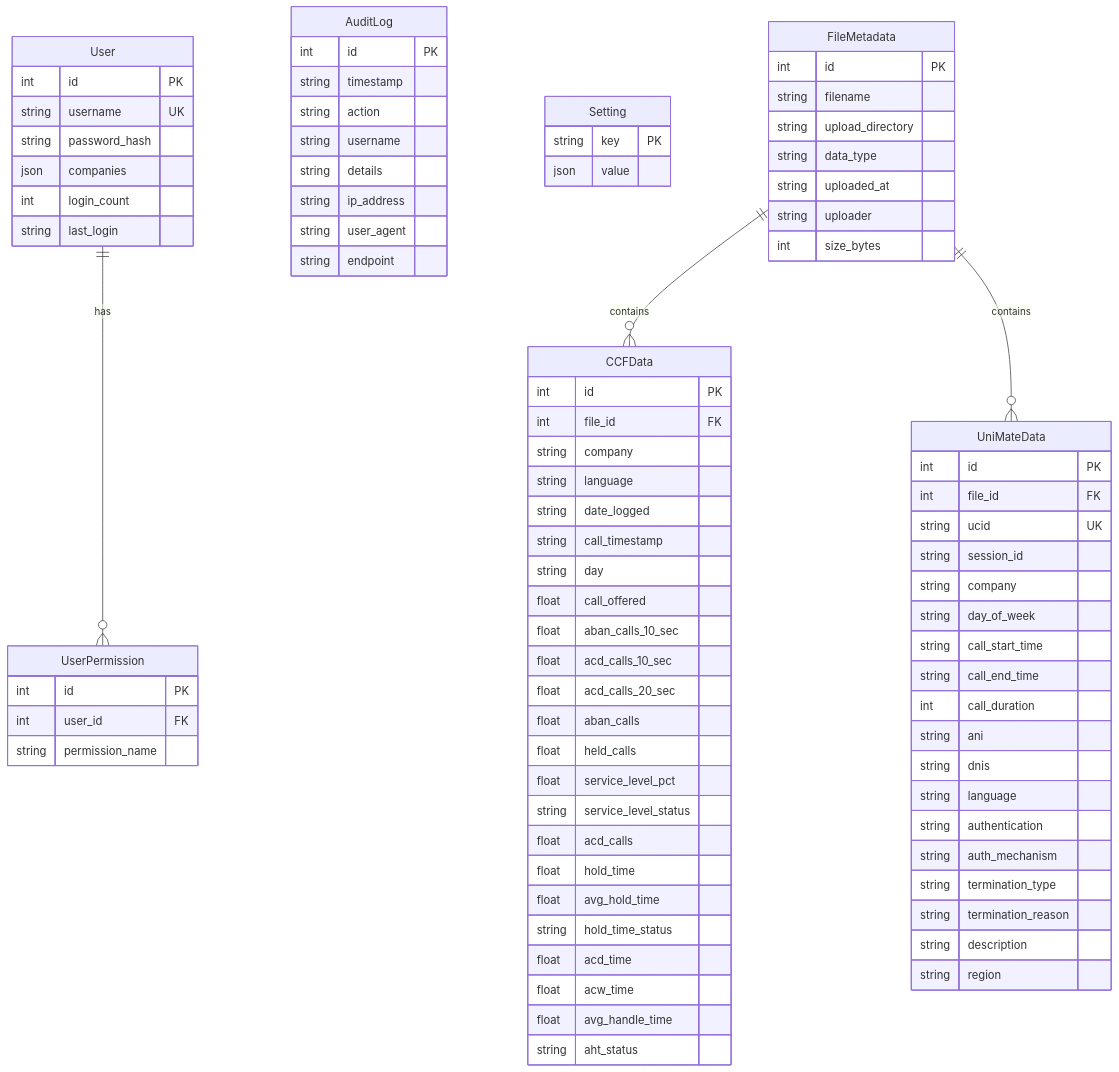
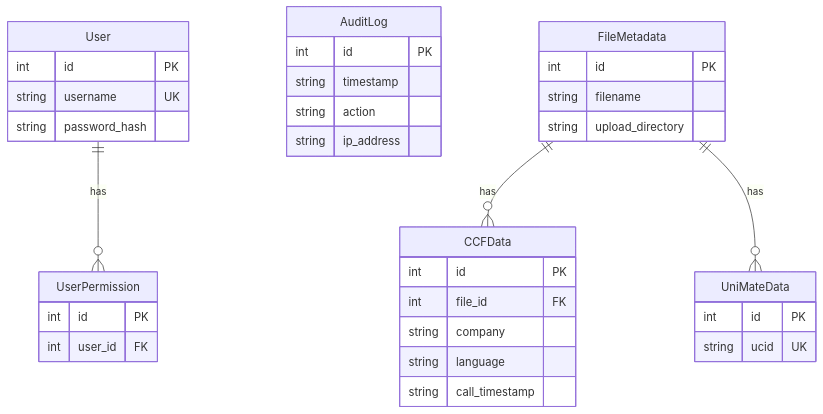
The second of 2 diagrams in ARCHITECTURE.md (IDKHowToCodeFR/uidai-dashboard), drawn with Mermaid before and after one commit. The commit also changed other lines of this file, not shown here.

````diff
--- a/ARCHITECTURE.md
+++ b/ARCHITECTURE.md
@@ -280,89 +144,33 @@
         int id PK
         string username UK
         string password_hash
-        json companies
-        int login_count
-        string last_login
     }
-
     UserPermission {
         int id PK
         int user_id FK
-        string permission_name
     }
-
     AuditLog {
         int id PK
         string timestamp
         string action
-        string username
-        string details
         string ip_address
-        string user_agent
-        string endpoint
     }
-
-    Setting {
-        string key PK
-        json value
-    }
-
-    FileMetadata ||--o{ CCFData : "contains"
-    FileMetadata ||--o{ UniMateData : "contains"
+    FileMetadata ||--o{ CCFData : "has"
+    FileMetadata ||--o{ UniMateData : "has"
     FileMetadata {
         int id PK
         string filename
         string upload_directory
-        string data_type
-        string uploaded_at
-        string uploader
-        int size_bytes
     }
-
     CCFData {
         int id PK
         int file_id FK
         string company
         string language
-        string date_logged
         string call_timestamp
-        string day
-        float call_offered
-        float aban_calls_10_sec
-        float acd_calls_10_sec
-        float acd_calls_20_sec
-        float aban_calls
-        float held_calls
-        float service_level_pct
-        string service_level_status
-        float acd_calls
-        float hold_time
-        float avg_hold_time
-        string hold_time_status
-        float acd_time
-        float acw_time
-        float avg_handle_time
-        string aht_status
     }
-
     UniMateData {
         int id PK
-        int file_id FK
         string ucid UK
-        string session_id
-        string company
-        string day_of_week
-        string call_start_time
-        string call_end_time
-        int call_duration
-        string ani
-        string dnis
-        string language
-        string authentication
-        string auth_mechanism
-        string termination_type
-        string termination_reason
-        string description
-        string region
     }
 ```
````
